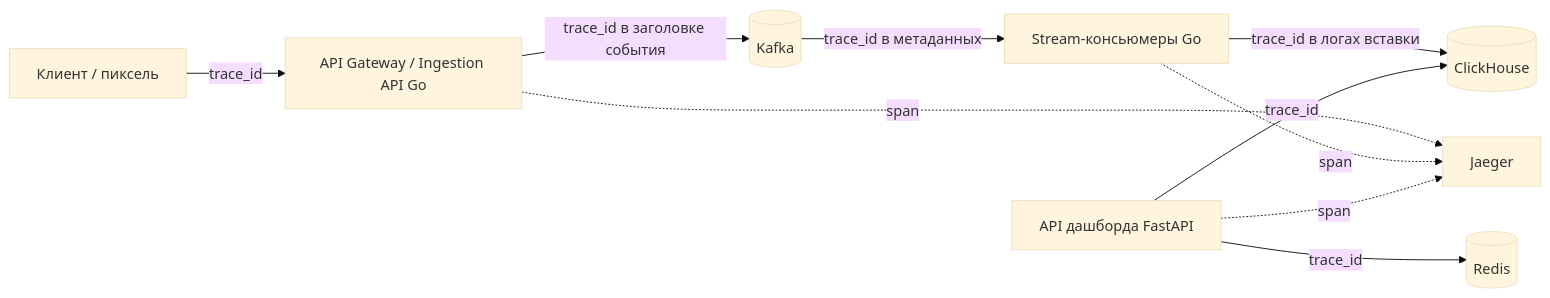
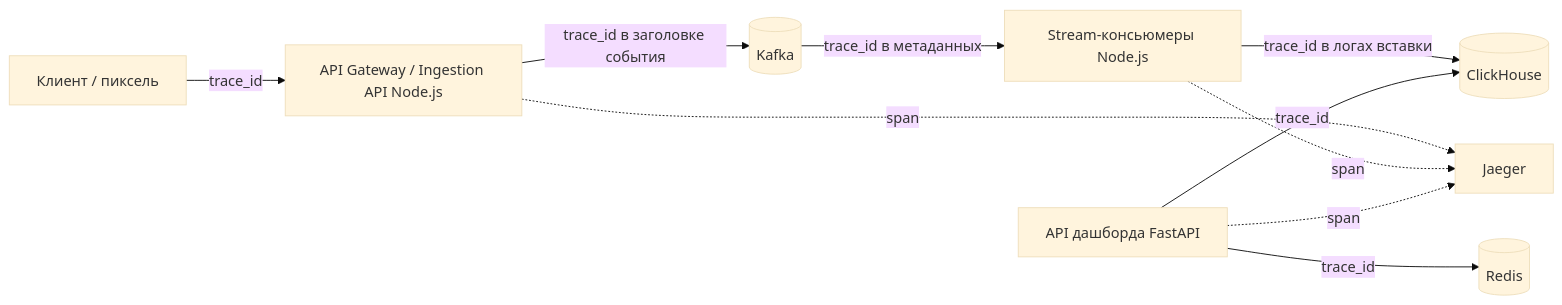
Before and after one commit to A1doranM/HowProgrammingWork: diagram 17 of 20 in System Design/9. Backend System Design Interview Pipeline (Marketing Dashboard).md, drawn with Mermaid (base theme). The commit also changed other lines of this file, not shown here.

````diff
--- a/System Design/9. Backend System Design Interview Pipeline (Marketing Dashboard).md
+++ b/System Design/9. Backend System Design Interview Pipeline (Marketing Dashboard).md
@@ -2345,12 +2345,12 @@
 ```mermaid
 graph LR
-    C["Клиент / пиксель"] -->|"trace_id"| GW["API Gateway / Ingestion API Go"]
+    C["Клиент / пиксель"] -->|"trace_id"| GW["API Gateway / Ingestion API Node.js"]
     GW -->|"trace_id в заголовке события"| K[("Kafka")]
-    K -->|"trace_id в метаданных"| S["Stream-консьюмеры Go"]
+    K -->|"trace_id в метаданных"| S["Stream-консьюмеры Node.js"]
     S -->|"trace_id в логах вставки"| CH[("ClickHouse")]
     GW -.->|"span"| J["Jaeger"]
     S -.->|"span"| J
     Q["API дашборда FastAPI"] -.->|"span"| J
     Q -->|"trace_id"| CH
     Q -->|"trace_id"| R[("Redis")]
 ```
````
